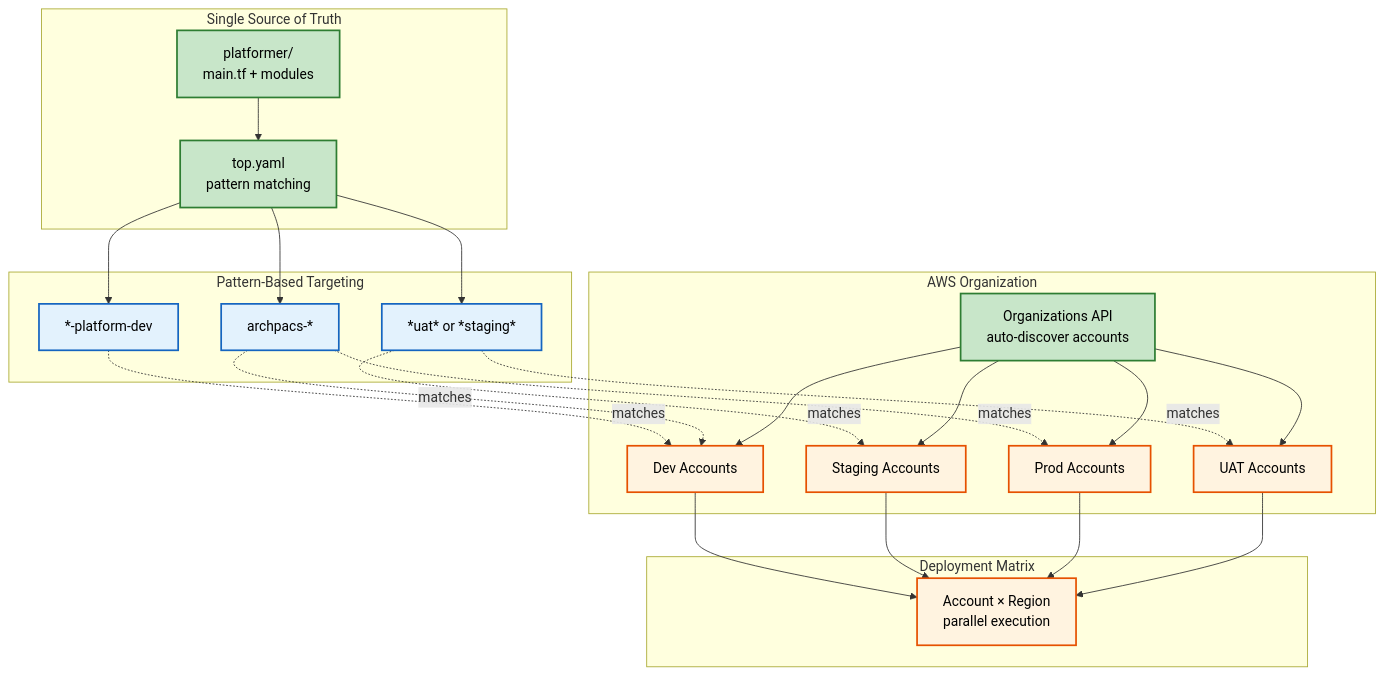
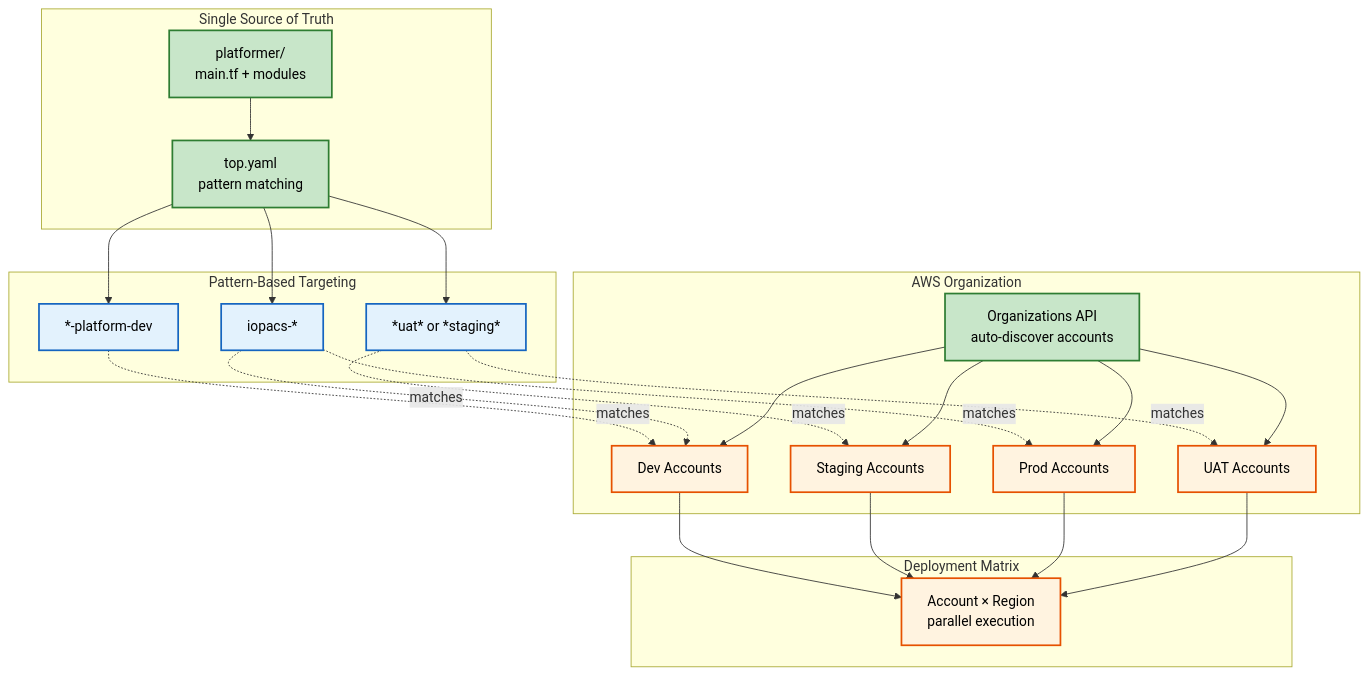
Before and after one commit to 0-5788719150923125/platformer: the diagram in present/03-solution.md, drawn with Mermaid. The commit also changed 91 other files, not shown here.

````diff
--- a/present/03-solution.md
+++ b/present/03-solution.md
@@ -5,54 +5,54 @@
 ```mermaid
 graph TB
     subgraph "Single Source of Truth"
         TF[platformer/<br/>main.tf + modules]
         Top[top.yaml<br/>pattern matching]
     end
 
     subgraph "Pattern-Based Targeting"
         P1["*-platform-dev"]
         P2["*uat* or *staging*"]
-        P3["archpacs-*"]
+        P3["iopacs-*"]
     end
 
     subgraph "AWS Organization"
         Org[Organizations API<br/>auto-discover accounts]
         D1[Dev Accounts]
         D2[Staging Accounts]
         D3[Prod Accounts]
         D4[UAT Accounts]
     end
 
     subgraph "Deployment Matrix"
         M[Account × Region<br/>parallel execution]
     end
 
     TF --> Top
     Top --> P1
     Top --> P2
     Top --> P3
 
     P1 -.->|matches| D1
     P2 -.->|matches| D2
     P2 -.->|matches| D4
     P3 -.->|matches| D1
     P3 -.->|matches| D3
 
     Org --> D1
     Org --> D2
     Org --> D3
     Org --> D4
 
     D1 --> M
     D2 --> M
     D3 --> M
     D4 --> M
 
     classDef goodStyle fill:#c8e6c9,stroke:#2e7d32,stroke-width:2px,color:#000
     classDef patternStyle fill:#e3f2fd,stroke:#1565c0,stroke-width:2px,color:#000
     classDef awsStyle fill:#fff3e0,stroke:#e65100,stroke-width:2px,color:#000
 
     class TF,Top,Org goodStyle
     class P1,P2,P3 patternStyle
     class D1,D2,D3,D4,M awsStyle
 ```
````
